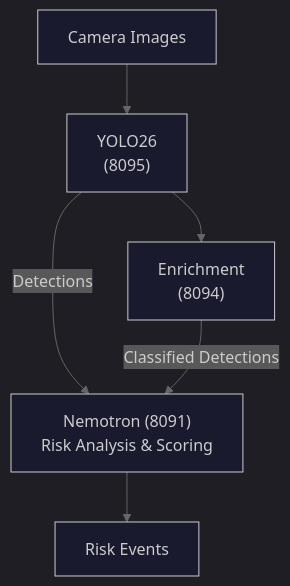
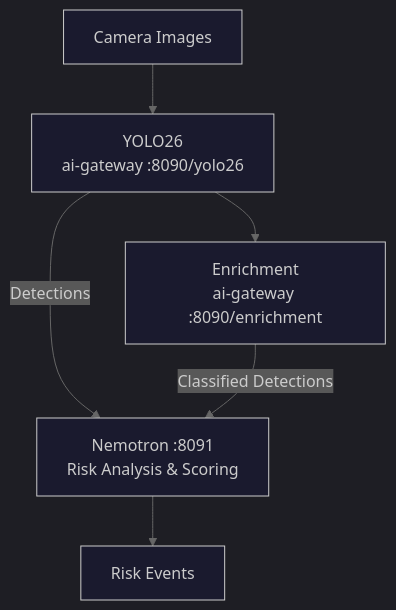
One commit to mikesvoboda/nemotron-v3-home-security-intelligence changed the third of 4 diagrams in docs/ai/model-zoo.md. Above: the diagram before and after it, drawn with Mermaid. The commit also changed other lines of this file and 313 other files, not shown here.

````diff
--- a/docs/ai/model-zoo.md
+++ b/docs/ai/model-zoo.md
@@ -109,23 +152,23 @@
 ```mermaid
 %%{init: {
   'theme': 'dark',
   'themeVariables': {
     'primaryColor': '#3B82F6',
     'primaryTextColor': '#FFFFFF',
     'primaryBorderColor': '#60A5FA',
     'secondaryColor': '#A855F7',
     'tertiaryColor': '#009688',
     'background': '#121212',
     'mainBkg': '#1a1a2e',
     'lineColor': '#666666'
   }
 }}%%
 flowchart TB
     CAM[Camera Images]
-    CAM --> YOLO["YOLO26<br/>(8095)"]
-    YOLO --> ENR["Enrichment<br/>(8094)"]
+    CAM --> YOLO["YOLO26<br/>ai-gateway :8090/yolo26"]
+    YOLO --> ENR["Enrichment<br/>ai-gateway :8090/enrichment"]
     YOLO -->|Detections| NEM
     ENR -->|Classified Detections| NEM
-    NEM["Nemotron (8091)<br/>Risk Analysis & Scoring"]
+    NEM["Nemotron :8091<br/>Risk Analysis & Scoring"]
     NEM --> EVT[Risk Events]
 ```
````
